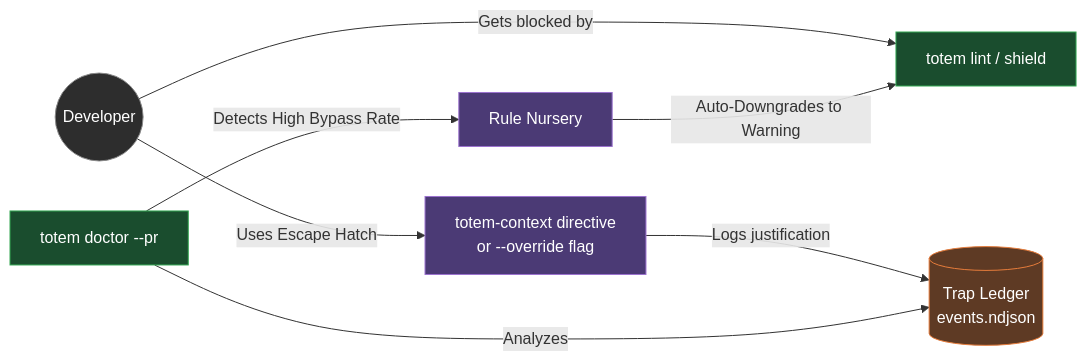
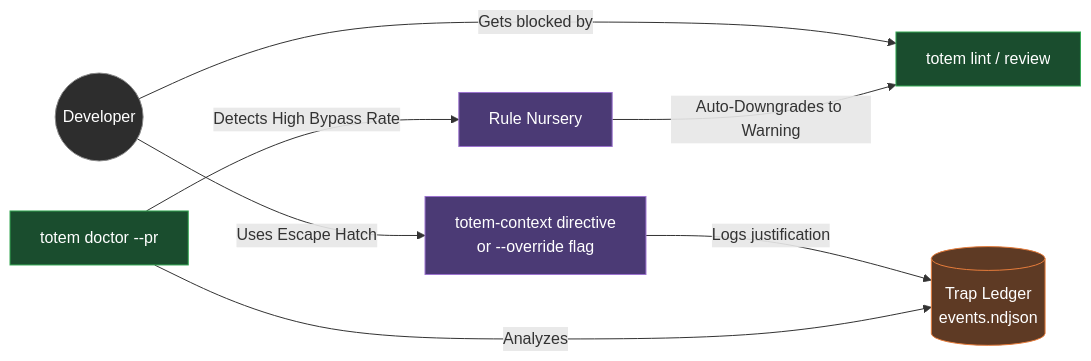
Before and after one commit to mmnto-ai/totem: the third of 4 diagrams in docs/reference/architecture-diagram.md, drawn with Mermaid. The commit also changed other lines of this file and 47 other files, not shown here.

````diff
--- a/docs/reference/architecture-diagram.md
+++ b/docs/reference/architecture-diagram.md
@@ -88,22 +88,22 @@
 ```mermaid
 graph LR
     %% Styles
     classDef dev fill:#2d2d2d,stroke:#888,color:#fff
     classDef system fill:#1a4d2e,stroke:#34a853,color:#fff
     classDef data fill:#5e3a24,stroke:#e67c3b,color:#fff
     classDef action fill:#4b3a75,stroke:#9b72cf,color:#fff
 
     Developer((Developer)):::dev
-    Lint[totem lint / shield]:::system
+    Lint[totem lint / review]:::system
     Override["totem-context directive<br/>or --override flag"]:::action
     Ledger[(Trap Ledger<br/>events.ndjson)]:::data
     Doctor[totem doctor --pr]:::system
     Nursery[Rule Nursery]:::action
 
     Developer -->|Gets blocked by| Lint
     Developer -->|Uses Escape Hatch| Override
     Override -->|Logs justification| Ledger
     Doctor -->|Analyzes| Ledger
     Doctor -->|Detects High Bypass Rate| Nursery
     Nursery -->|Auto-Downgrades to Warning| Lint
 ```
````
